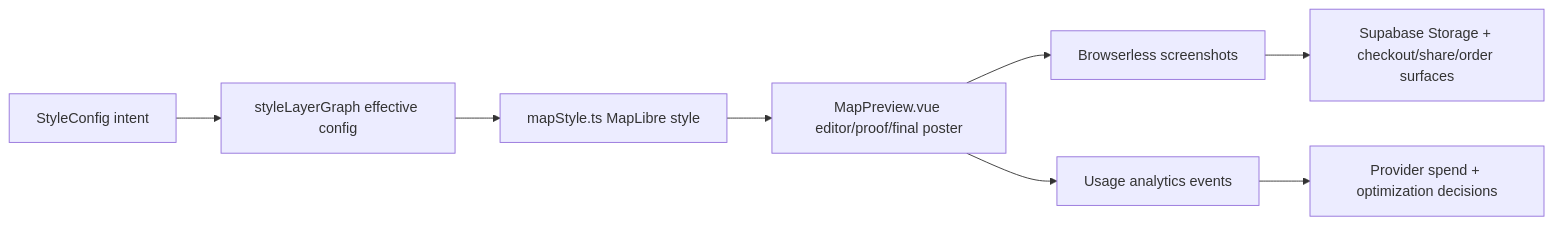
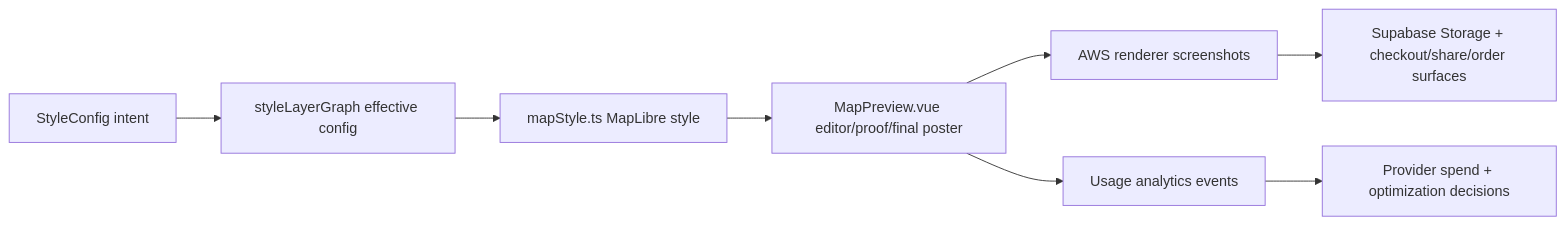
Before and after one commit to anthonynmaro/radmaps: the first of 4 diagrams in docs/MAP_TOOLS_CATALOG.md, drawn with Mermaid. The commit also changed other lines of this file and 96 other files, not shown here.

````diff
--- a/docs/MAP_TOOLS_CATALOG.md
+++ b/docs/MAP_TOOLS_CATALOG.md
@@ -18,10 +18,10 @@
 ```mermaid
 flowchart LR
   A["StyleConfig intent"] --> B["styleLayerGraph effective config"]
   B --> C["mapStyle.ts MapLibre style"]
   C --> D["MapPreview.vue editor/proof/final poster"]
-  D --> E["Browserless screenshots"]
+  D --> E["AWS renderer screenshots"]
   E --> F["Supabase Storage + checkout/share/order surfaces"]
   D --> G["Usage analytics events"]
   G --> H["Provider spend + optimization decisions"]
 ```
````
